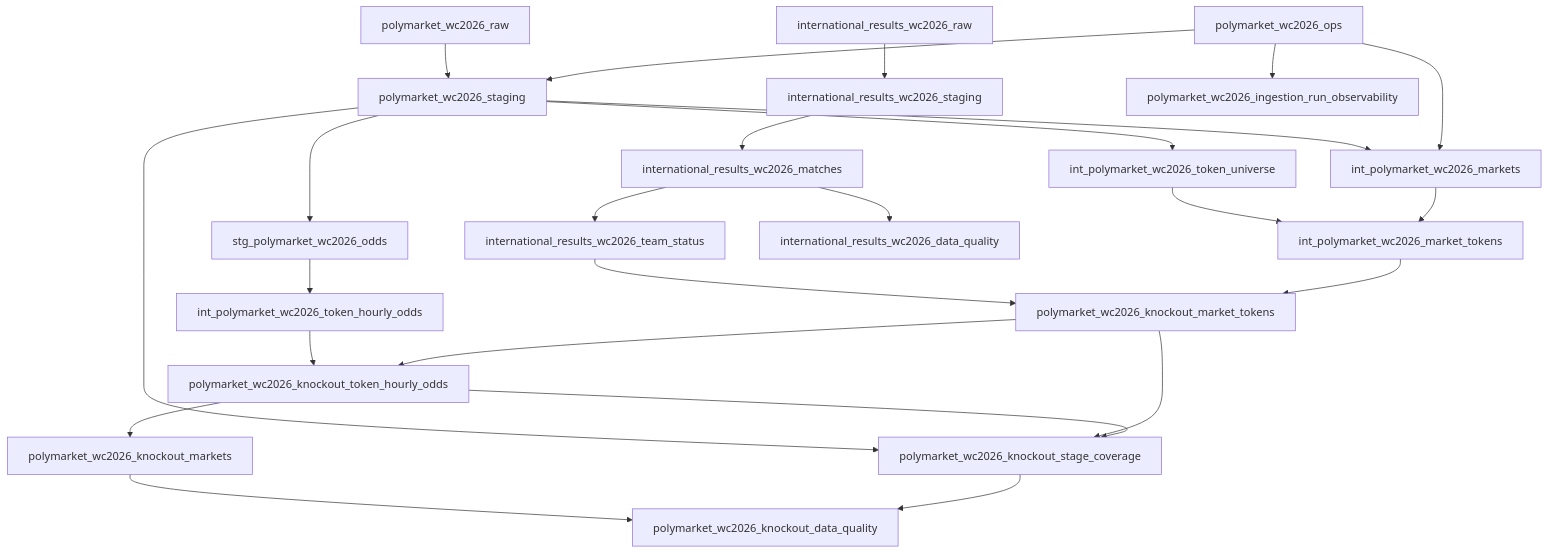
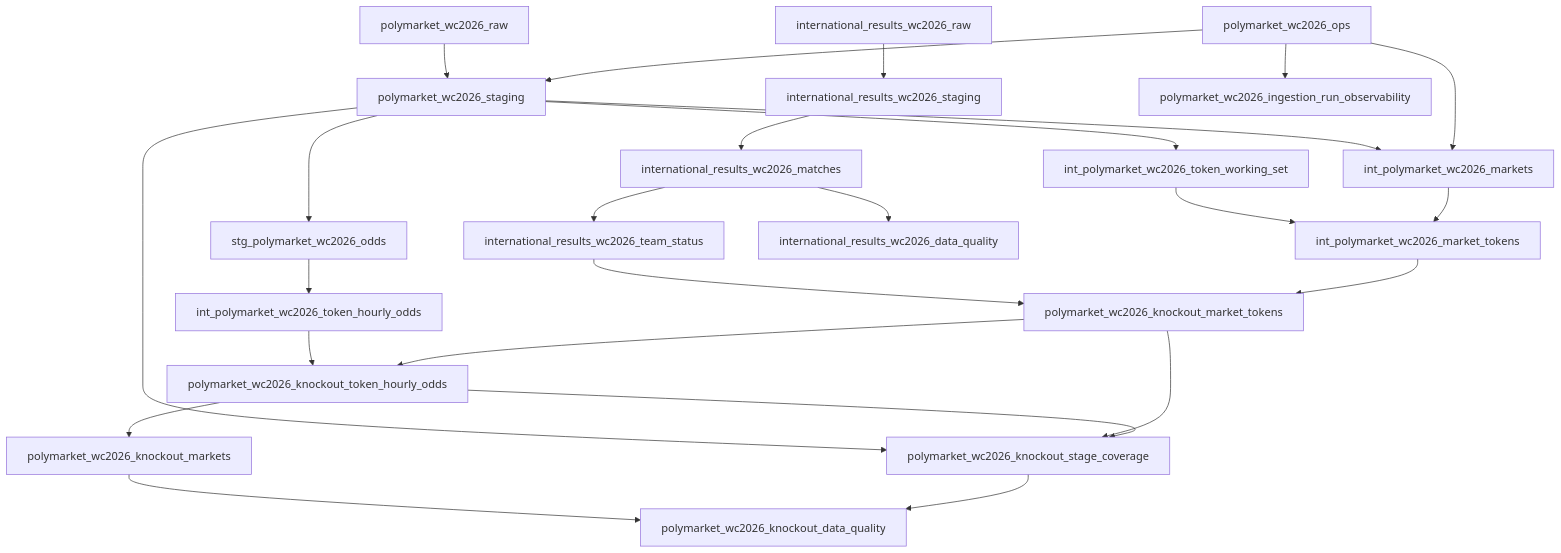
Before and after one commit to hypertrial/oddsfox-pipeline: the second of 2 diagrams in docs/concepts/architecture.md, drawn with Mermaid. The commit also changed other lines of this file and 92 other files, not shown here.

````diff
--- a/docs/concepts/architecture.md
+++ b/docs/concepts/architecture.md
@@ -91,27 +91,27 @@
 ```mermaid
 flowchart TD
     raw["polymarket_wc2026_raw"] --> staging["polymarket_wc2026_staging"]
     results_raw["international_results_wc2026_raw"] --> results_staging["international_results_wc2026_staging"]
     results_staging --> matches["international_results_wc2026_matches"]
     matches --> team_status["international_results_wc2026_team_status"]
     ops["polymarket_wc2026_ops"] --> staging
-    staging --> token_universe["int_polymarket_wc2026_token_universe"]
+    staging --> token_working_set["int_polymarket_wc2026_token_working_set"]
     staging --> wc2026_markets_int["int_polymarket_wc2026_markets"]
     staging --> odds["stg_polymarket_wc2026_odds"]
     ops --> wc2026_markets_int
-    token_universe --> wc2026_tokens["int_polymarket_wc2026_market_tokens"]
+    token_working_set --> wc2026_tokens["int_polymarket_wc2026_market_tokens"]
     wc2026_markets_int --> wc2026_tokens
     team_status --> knockout_tokens
     wc2026_tokens --> knockout_tokens["polymarket_wc2026_knockout_market_tokens"]
     odds --> hourly_fact["int_polymarket_wc2026_token_hourly_odds"]
     hourly_fact --> knockout_hourly
     knockout_tokens --> knockout_hourly["polymarket_wc2026_knockout_token_hourly_odds"]
     knockout_hourly --> knockout_markets["polymarket_wc2026_knockout_markets"]
     staging --> stage_coverage["polymarket_wc2026_knockout_stage_coverage"]
     knockout_tokens --> stage_coverage
     knockout_hourly --> stage_coverage
     knockout_markets --> data_quality["polymarket_wc2026_knockout_data_quality"]
     stage_coverage --> data_quality
     ops --> observability["polymarket_wc2026_ingestion_run_observability"]
     matches --> results_dq["international_results_wc2026_data_quality"]
 ```
````
